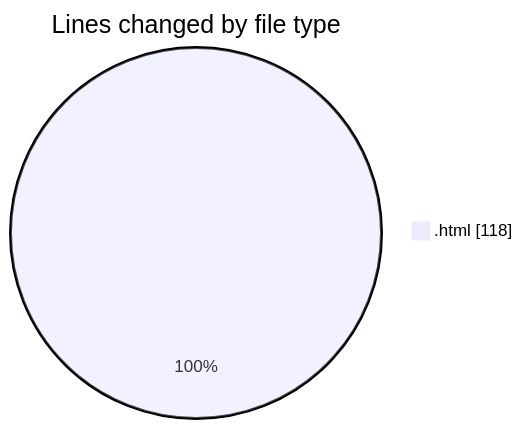
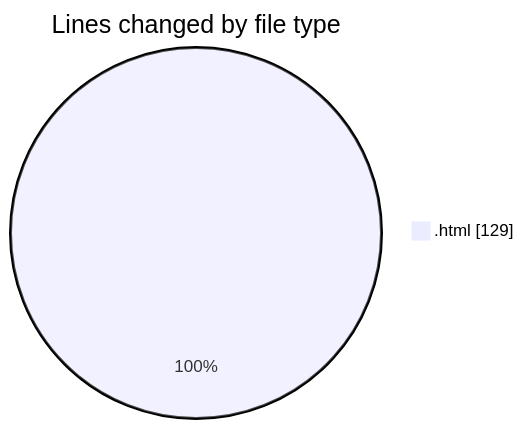
The first of 2 diagrams in 2025-10-25/javacript/README.md (nxtqubesakshisongat/code-tracking), drawn with Mermaid before and after one commit. The commit also changed other lines of this file and 1 other file, not shown here.

````diff
--- a/2025-10-25/javacript/README.md
+++ b/2025-10-25/javacript/README.md
@@ -20,5 +20,5 @@
 ```mermaid
 pie showData
 title Lines changed by file type
-".html" : 118
+".html" : 129
 ```
````
